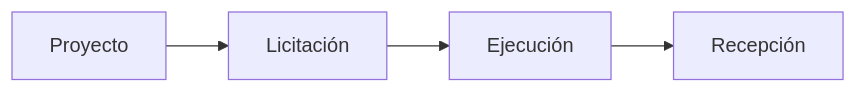
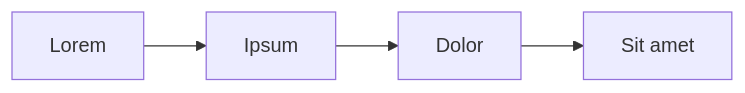
The first of 2 diagrams in docs/formulas.md (isidro-rodriguez/techsical), drawn with Mermaid before and after one commit. The commit also changed other lines of this file and 3 other files, not shown here.

First line of the commit message:
docs: rellenos de la demostración con lorem ipsum

````diff
--- a/docs/formulas.md
+++ b/docs/formulas.md
@@ -27,5 +27,5 @@
 ``` mermaid
 %%{init: {"flowchart": {"curve": "step"}}}%%
 flowchart LR
-  A[Proyecto] --> B[Licitación] --> C[Ejecución] --> D[Recepción]
+  A[Lorem] --> B[Ipsum] --> C[Dolor] --> D[Sit amet]
 ```
````
